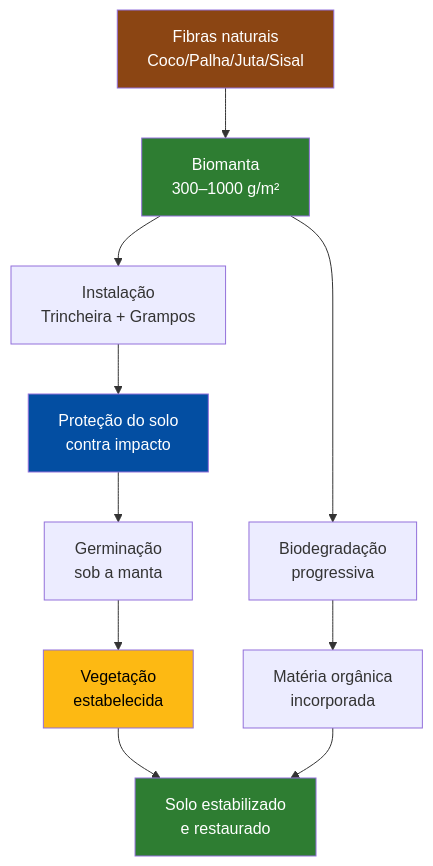
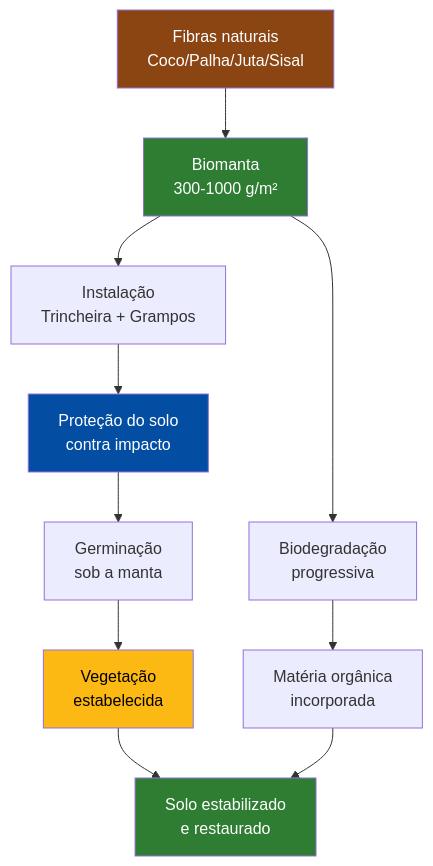
Before and after one commit to ldvsantos/cv: the seventh of 7 diagrams in aulas/bioengenharia_de_solos/aulas/aula12_biomantas/aula12_biomantas.qmd, drawn with Mermaid. The commit also changed other lines of this file and 396 other files, not shown here.

````diff
--- a/aulas/bioengenharia_de_solos/aulas/aula12_biomantas/aula12_biomantas.qmd
+++ b/aulas/bioengenharia_de_solos/aulas/aula12_biomantas/aula12_biomantas.qmd
@@ -591,18 +591,18 @@
 ```{mermaid}
 %%| fig-width: 5
 graph TD
-    A["Fibras naturais<br>Coco/Palha/Juta/Sisal"] --> B["Biomanta<br>300–1000 g/m²"]
+    A["Fibras naturais<br>Coco/Palha/Juta/Sisal"] --> B["Biomanta<br>300-1000 g/m²"]
     B --> C["Instalação<br>Trincheira + Grampos"]
     C --> D["Proteção do solo<br>contra impacto"]
     D --> E["Germinação<br>sob a manta"]
     E --> F["Vegetação<br>estabelecida"]
     B --> G["Biodegradação<br>progressiva"]
     G --> H["Matéria orgânica<br>incorporada"]
     F --> I["Solo estabilizado<br>e restaurado"]
     H --> I
     style A fill:#8B4513,color:#fff
     style B fill:#2E7D32,color:#fff
     style D fill:#034EA2,color:#fff
     style F fill:#FDB913,color:#000
     style I fill:#2E7D32,color:#fff
 ```
````
